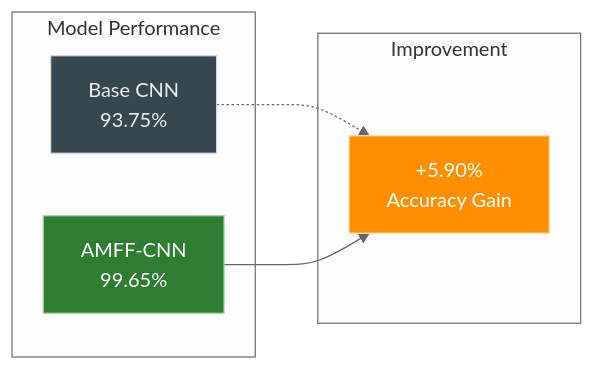
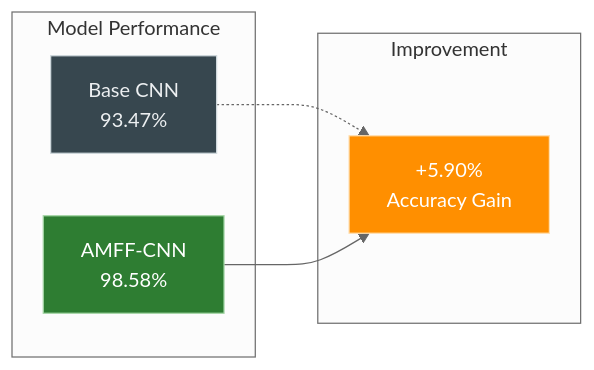
The seventh of 7 diagrams in README.md (RiteshKumar2e/Steel_Surface_Defect_NEU_DET-DATASET), drawn with Mermaid (neutral theme) before and after one commit. The commit also changed other lines of this file, not shown here.

````diff
--- a/README.md
+++ b/README.md
@@ -826,19 +826,19 @@
 ```mermaid
 graph LR
     subgraph "Model Performance"
-        A[Base CNN<br/>93.75%] 
-        B[AMFF-CNN<br/>99.65%]
+        A[Base CNN<br/>93.47%] 
+        B[AMFF-CNN<br/>98.58%]
     end
     
     subgraph "Improvement"
         C[+5.90%<br/>Accuracy Gain]
     end
     
     A -.-> C
     B --> C
 
 style A fill:#37474f,stroke:#cfd8dc,color:#eceff1
 style B fill:#2e7d32,stroke:#a5d6a7,color:#ffffff
 style C fill:#ff8f00,stroke:#ffe0b2,color:#ffffff
 
 ```
````
